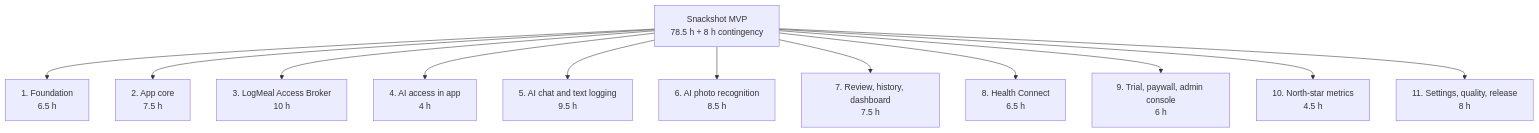
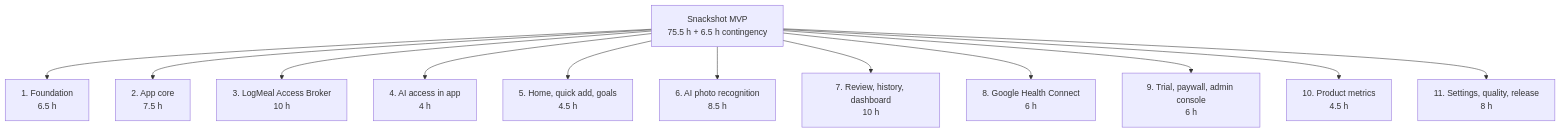
One commit to sergeybelyuga-ops/snackshot changed the first of 3 diagrams in docs/04_wbs_and_mvp_implementation_plan.md. Above: the diagram before and after it, drawn with Mermaid. The commit also changed other lines of this file and 28 other files, not shown here.

````diff
--- a/docs/04_wbs_and_mvp_implementation_plan.md
+++ b/docs/04_wbs_and_mvp_implementation_plan.md
@@ -74,15 +76,15 @@
 ```mermaid
 flowchart TB
-    R[Snackshot MVP<br/>78.5 h + 8 h contingency]
+    R[Snackshot MVP<br/>75.5 h + 6.5 h contingency]
     R --> W1[1. Foundation<br/>6.5 h]
     R --> W2[2. App core<br/>7.5 h]
     R --> W3[3. LogMeal Access Broker<br/>10 h]
     R --> W4[4. AI access in app<br/>4 h]
-    R --> W5[5. AI chat and text logging<br/>9.5 h]
+    R --> W5[5. Home, quick add, goals<br/>4.5 h]
     R --> W6[6. AI photo recognition<br/>8.5 h]
-    R --> W7[7. Review, history, dashboard<br/>7.5 h]
-    R --> W8[8. Health Connect<br/>6.5 h]
+    R --> W7[7. Review, history, dashboard<br/>10 h]
+    R --> W8[8. Google Health Connect<br/>6 h]
     R --> W9[9. Trial, paywall, admin console<br/>6 h]
-    R --> W10[10. North-star metrics<br/>4.5 h]
+    R --> W10[10. Product metrics<br/>4.5 h]
     R --> W11[11. Settings, quality, release<br/>8 h]
 ```
````
